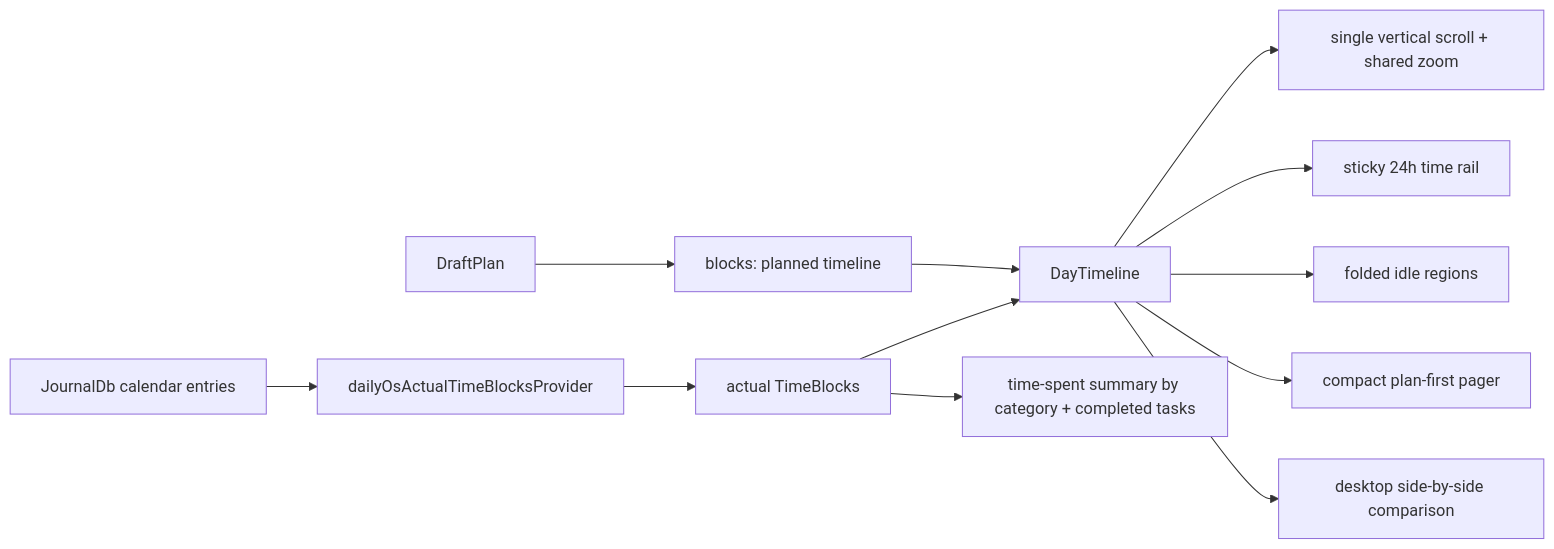
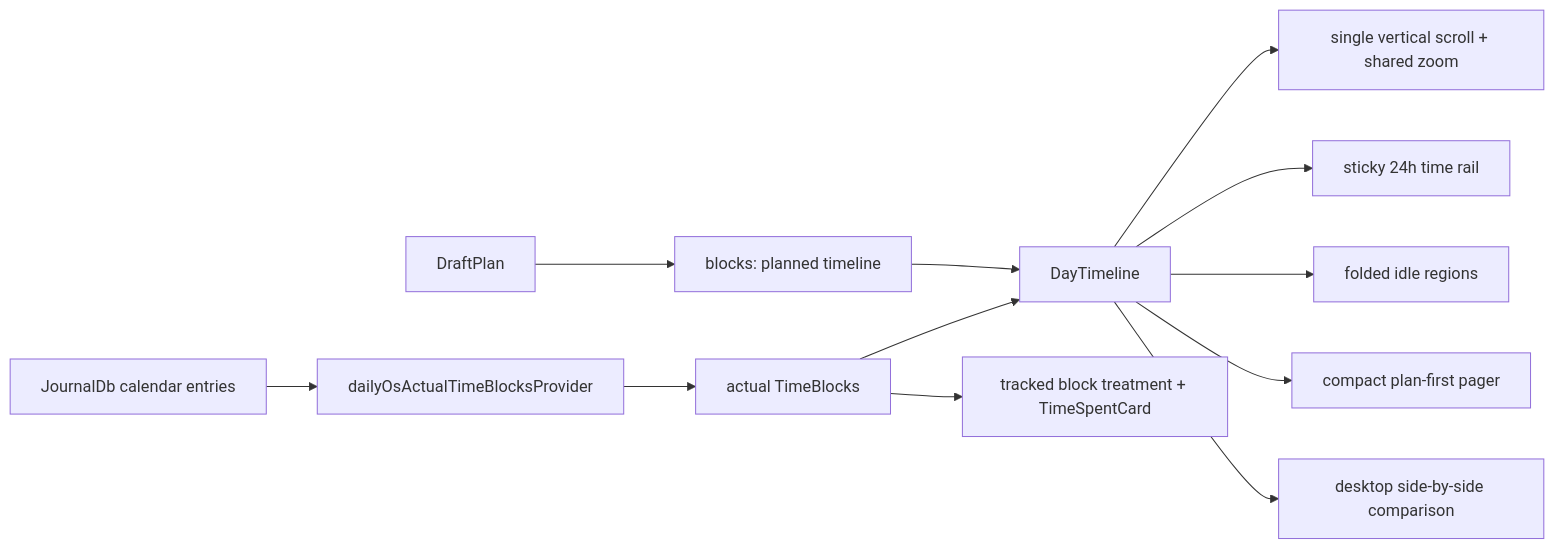
Before and after one commit to matthiasn/lotti: the fourth of 4 diagrams in lib/features/daily_os_next/README.md, drawn with Mermaid. The commit also changed other lines of this file and 77 other files, not shown here.

````diff
--- a/lib/features/daily_os_next/README.md
+++ b/lib/features/daily_os_next/README.md
@@ -284,14 +347,14 @@
 ```mermaid
 flowchart LR
   DraftPlan["DraftPlan"] --> Planned["blocks: planned timeline"]
   JournalDb["JournalDb calendar entries"] --> ActualProvider["dailyOsActualTimeBlocksProvider"]
   ActualProvider --> Actual["actual TimeBlocks"]
   Planned --> DayView["DayTimeline"]
   Actual --> DayView
   DayView --> SharedScroll["single vertical scroll + shared zoom"]
   DayView --> Rail["sticky 24h time rail"]
   DayView --> Folds["folded idle regions"]
   DayView --> Paged["compact plan-first pager"]
   DayView --> Both["desktop side-by-side comparison"]
-  Actual --> Summary["time-spent summary by category + completed tasks"]
+  Actual --> Tracked["tracked block treatment + TimeSpentCard"]
 ```
````
